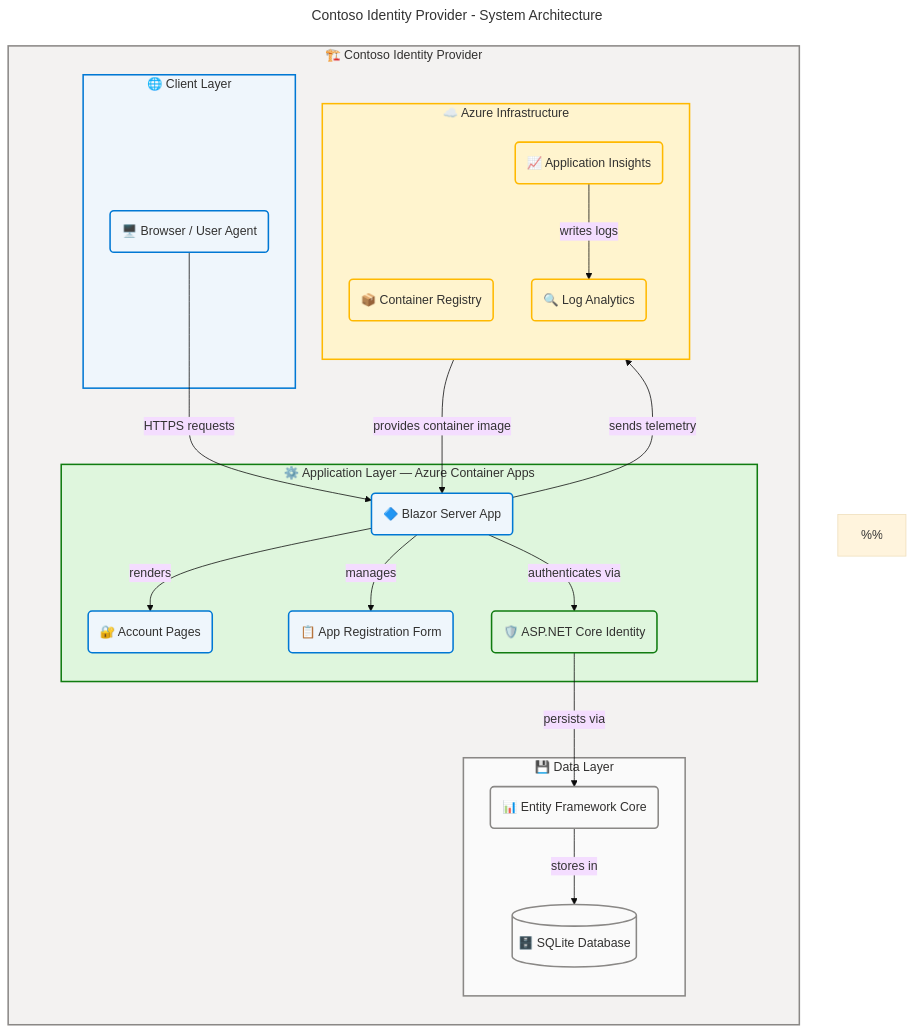
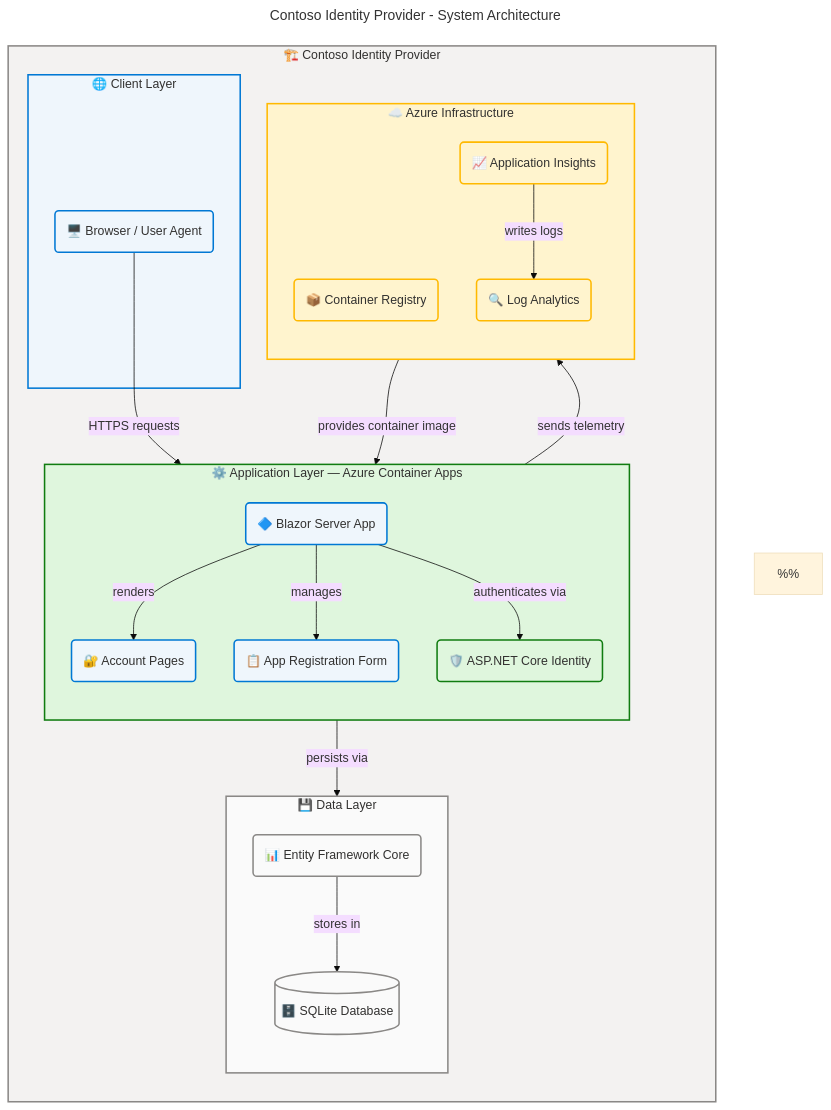
One commit to Evilazaro/IdentityProvider changed the diagram in README.md. Above: the diagram before and after it, drawn with Mermaid.

Commit message:
fix: adjust direction of application and data layers in architecture diagram

````diff
--- a/README.md
+++ b/README.md
@@ -39,74 +39,76 @@
 ```mermaid
 ---
 title: "Contoso Identity Provider - System Architecture"
 config:
   theme: base
   look: classic
   layout: dagre
   themeVariables:
     fontSize: '16px'
 ---
 flowchart TB
     accTitle: Contoso Identity Provider - System Architecture
     accDescr: Layered architecture showing a browser client connecting via HTTPS to a Blazor Server app hosted in Azure Container Apps, which uses ASP.NET Core Identity for authentication, Entity Framework Core for data access, SQLite for storage, Azure Container Registry for image hosting, and Application Insights plus Log Analytics for monitoring. WCAG AA compliant.
 
     %%
     %% AZURE / FLUENT ARCHITECTURE PATTERN v2.0
     %% (Semantic + Structural + Font + Accessibility Governance)
     %%
     %% PHASE 1 - FLUENT UI: All styling uses approved Fluent UI palette only
     %% PHASE 2 - GROUPS: Every subgraph has semantic color via style directive
     %% PHASE 3 - COMPONENTS: Every node has semantic classDef + icon prefix
     %% PHASE 4 - ACCESSIBILITY: accTitle/accDescr present, WCAG AA contrast
     %% PHASE 5 - STANDARD: Governance block present, classDefs centralized
     %%
 
     subgraph identitySystem["🏗️ Contoso Identity Provider"]
         direction TB
         subgraph clientLayer["🌐 Client Layer"]
             browser("🖥️ Browser / User Agent"):::core
         end
 
         subgraph appLayer["⚙️ Application Layer — Azure Container Apps"]
+            direction TB
             blazor("🔷 Blazor Server App"):::core
             account("🔐 Account Pages"):::core
             appReg("📋 App Registration Form"):::core
             aspIdentity("🛡️ ASP.NET Core Identity"):::success
         end
 
         subgraph dataLayer["💾 Data Layer"]
+            direction TB
             efcore("📊 Entity Framework Core"):::neutral
             sqlite[("🗄️ SQLite Database")]:::neutral
         end
 
         subgraph infraLayer["☁️ Azure Infrastructure"]
             direction TB
             acr("📦 Container Registry"):::warning
             appInsights("📈 Application Insights"):::warning
             logAnalytics("🔍 Log Analytics"):::warning
         end
 
         browser -->|"HTTPS requests"| blazor
         blazor -->|"renders"| account
         blazor -->|"manages"| appReg
         blazor -->|"authenticates via"| aspIdentity
         aspIdentity -->|"persists via"| efcore
         efcore -->|"stores in"| sqlite
         acr -->|"provides container image"| blazor
         blazor -->|"sends telemetry"| appInsights
         appInsights -->|"writes logs"| logAnalytics
 
     end
 
     style identitySystem fill:#F3F2F1,stroke:#8A8886,stroke-width:2px,color:#323130
     style clientLayer fill:#EFF6FC,stroke:#0078D4,stroke-width:2px,color:#323130
     style appLayer fill:#DFF6DD,stroke:#107C10,stroke-width:2px,color:#323130
     style dataLayer fill:#FAFAFA,stroke:#8A8886,stroke-width:2px,color:#323130
     style infraLayer fill:#FFF4CE,stroke:#FFB900,stroke-width:2px,color:#323130
 
     %% Centralized semantic classDefs (Phase 5 compliant)
     classDef neutral fill:#FAFAFA,stroke:#8A8886,stroke-width:2px,color:#323130
     classDef core fill:#EFF6FC,stroke:#0078D4,stroke-width:2px,color:#323130
     classDef success fill:#DFF6DD,stroke:#107C10,stroke-width:2px,color:#323130
     classDef warning fill:#FFF4CE,stroke:#FFB900,stroke-width:2px,color:#323130
 ```
````
